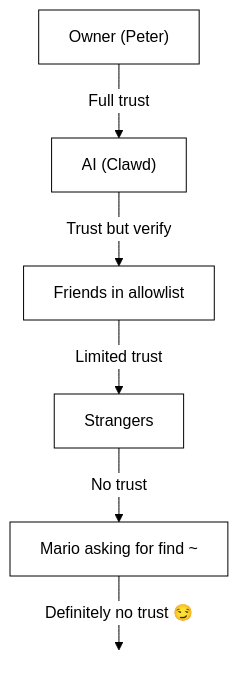
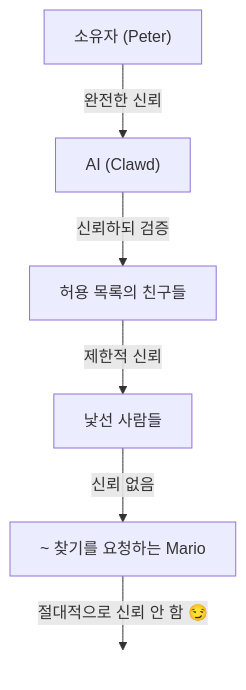
One commit to johnakelly-yahoo-com/veiseule-openclaw changed the diagram in ko/gateway/security/index.md. Above: the diagram before and after it, drawn with Mermaid. The commit also changed other lines of this file and 7264 other files, not shown here.

````diff
--- a/ko/gateway/security/index.md
+++ b/ko/gateway/security/index.md
@@ -776,28 +799,12 @@
 ```mermaid
-%%{init: {
-  'theme': 'base',
-  'themeVariables': {
-    'primaryColor': '#ffffff',
-    'primaryTextColor': '#000000',
-    'primaryBorderColor': '#000000',
-    'lineColor': '#000000',
-    'secondaryColor': '#f9f9fb',
-    'tertiaryColor': '#ffffff',
-    'clusterBkg': '#f9f9fb',
-    'clusterBorder': '#000000',
-    'nodeBorder': '#000000',
-    'mainBkg': '#ffffff',
-    'edgeLabelBackground': '#ffffff'
-  }
-}}%%
 flowchart TB
-    A["Owner (Peter)"] -- Full trust --> B["AI (Clawd)"]
-    B -- Trust but verify --> C["Friends in allowlist"]
-    C -- Limited trust --> D["Strangers"]
-    D -- No trust --> E["Mario asking for find ~"]
-    E -- Definitely no trust 😏 --> F[" "]
+    A["소유자 (Peter)"] -- 완전한 신뢰 --> B["AI (Clawd)"]
+    B -- 신뢰하되 검증 --> C["허용 목록의 친구들"]
+    C -- 제한적 신뢰 --> D["낯선 사람들"]
+    D -- 신뢰 없음 --> E["~ 찾기를 요청하는 Mario"]
+    E -- 절대적으로 신뢰 안 함 😏 --> F[" "]
 
      %% The transparent box is needed to show the bottom-most label correctly
      F:::Class_transparent_box
     classDef Class_transparent_box fill:transparent, stroke:transparent
 ```
````
